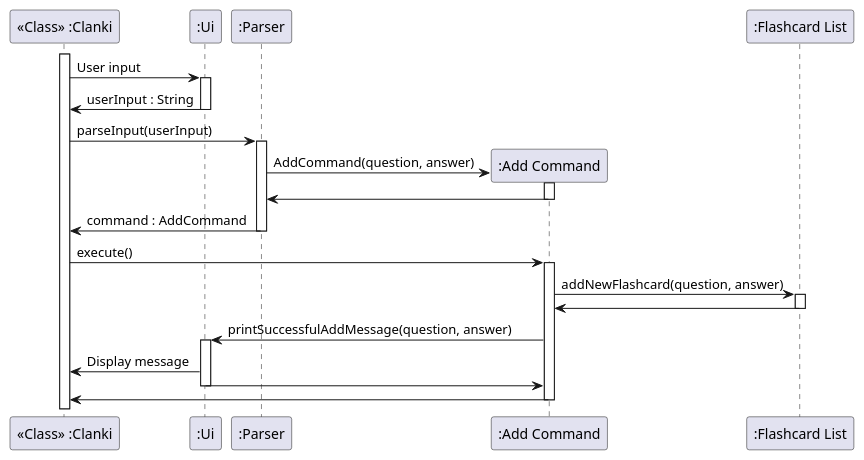
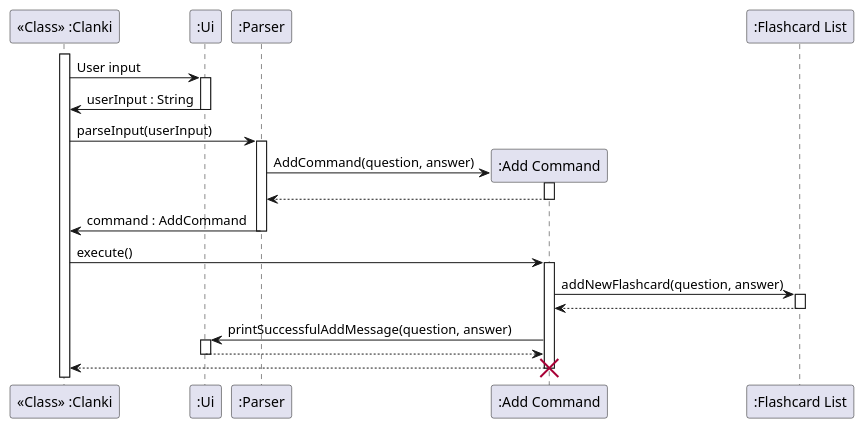
One commit to nus-cs2113-AY2223S2/tp changed the diagram in docs/umlDiagrams/AddFlashcard.puml. Above: the diagram before and after it, drawn with PlantUML. The commit also changed 9 other files, not shown here.

```diff
--- a/docs/umlDiagrams/AddFlashcard.puml
+++ b/docs/umlDiagrams/AddFlashcard.puml
@@ -1,51 +1,52 @@
 @startuml
 'https://plantuml.com/sequence-diagram
 
 participant "<<Class>> :Clanki" as Main
 participant ":Ui" as Ui
 participant ":Parser" as Parser
 participant ":Add Command" as AddCommand
 participant ":Flashcard List" as FlashcardList
 
 activate Main
 Main -> Ui : User input
 activate Ui
 
 Ui -> Main : userInput : String
 deactivate Ui
 
 Main -> Parser : parseInput(userInput)
 activate Parser
 
 create AddCommand
 Parser -> AddCommand : AddCommand(question, answer)
 activate AddCommand
 
-AddCommand -> Parser
+AddCommand --> Parser
 deactivate AddCommand
 
 Parser -> Main : command : AddCommand
 deactivate Parser
 
 Main -> AddCommand : execute()
 activate AddCommand
 
 AddCommand -> FlashcardList : addNewFlashcard(question, answer)
 activate FlashcardList
 
-FlashcardList -> AddCommand
+FlashcardList --> AddCommand
 deactivate FlashcardList
 
 AddCommand -> Ui : printSuccessfulAddMessage(question, answer)
 activate Ui
 
-Main <- Ui : Display message
-Ui -> AddCommand
+
+Ui --> AddCommand
 deactivate Ui
 
-AddCommand -> Main
+AddCommand --> Main
 deactivate AddCommand
+destroy AddCommand
 
 
 
 @enduml
```
